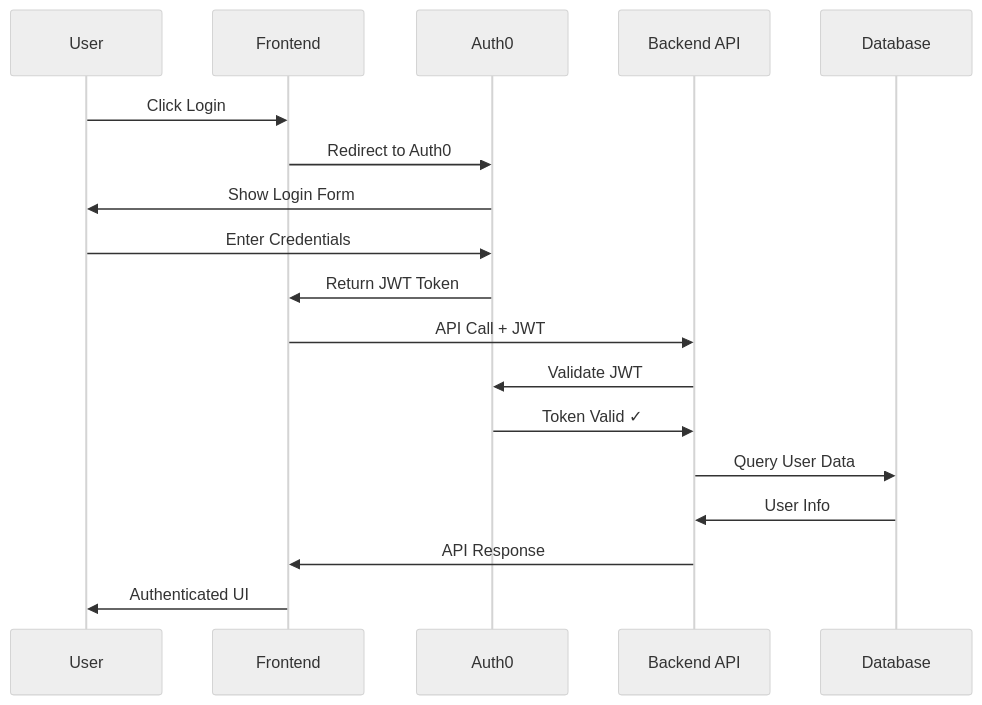
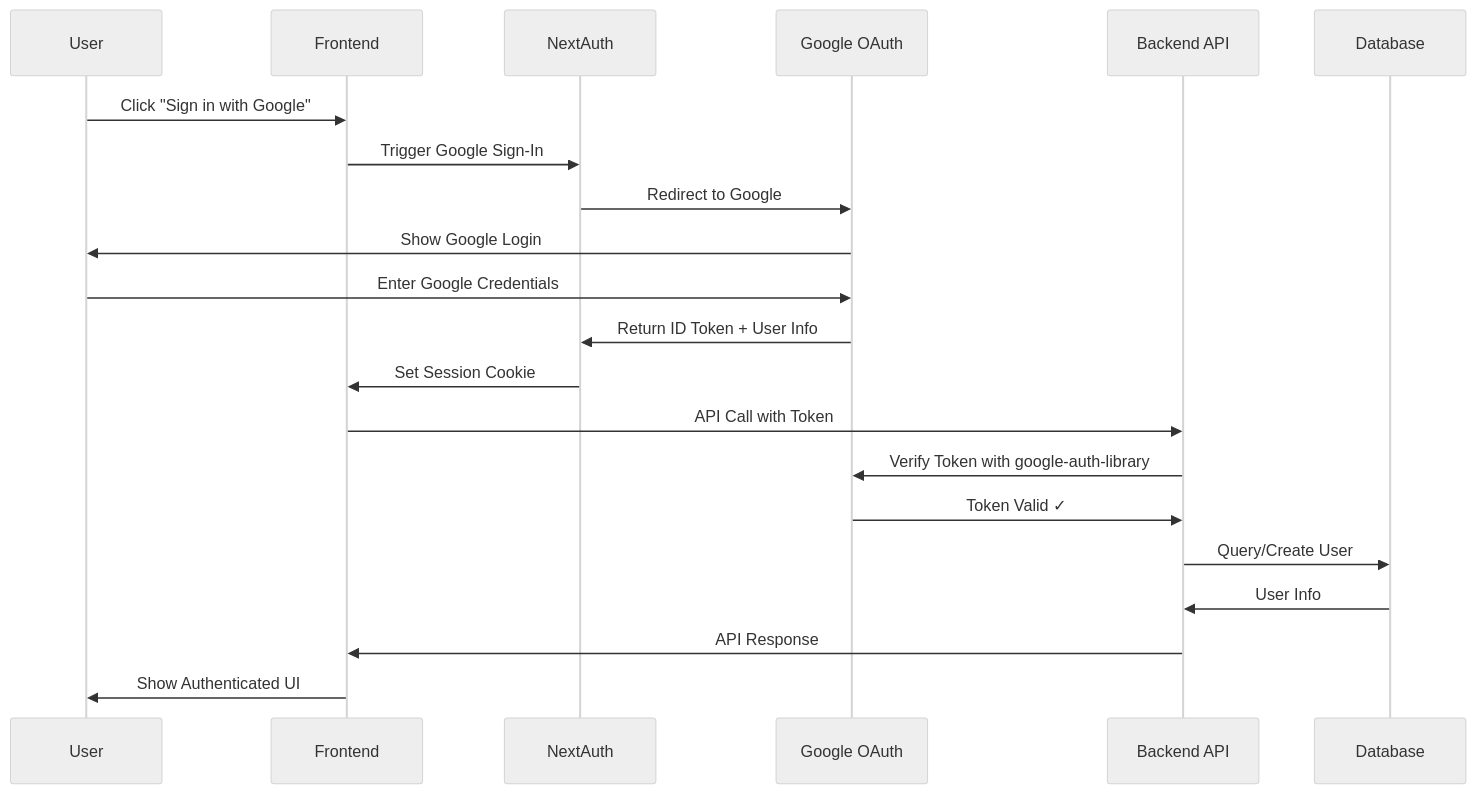
The diagram in wiki-content/Authentication-Auth0.md (ISPBANANA/FLEARN), drawn with Mermaid (neutral theme) before and after one commit. The commit also changed other lines of this file and 5 other files, not shown here.

````diff
--- a/wiki-content/Authentication-Auth0.md
+++ b/wiki-content/Authentication-Auth0.md
@@ -16,21 +16,24 @@
 ```mermaid
 sequenceDiagram
     participant U as User
     participant F as Frontend
-    participant A as Auth0
+    participant N as NextAuth
+    participant G as Google OAuth
     participant B as Backend API
     participant DB as Database
     
-    U->>F: Click Login
-    F->>A: Redirect to Auth0
-    A->>U: Show Login Form
-    U->>A: Enter Credentials
-    A->>F: Return JWT Token
-    F->>B: API Call + JWT
-    B->>A: Validate JWT
-    A->>B: Token Valid ✓
-    B->>DB: Query User Data
+    U->>F: Click "Sign in with Google"
+    F->>N: Trigger Google Sign-In
+    N->>G: Redirect to Google
+    G->>U: Show Google Login
+    U->>G: Enter Google Credentials
+    G->>N: Return ID Token + User Info
+    N->>F: Set Session Cookie
+    F->>B: API Call with Token
+    B->>G: Verify Token with google-auth-library
+    G->>B: Token Valid ✓
+    B->>DB: Query/Create User
     DB->>B: User Info
     B->>F: API Response
-    F->>U: Authenticated UI
+    F->>U: Show Authenticated UI
 ```
````
